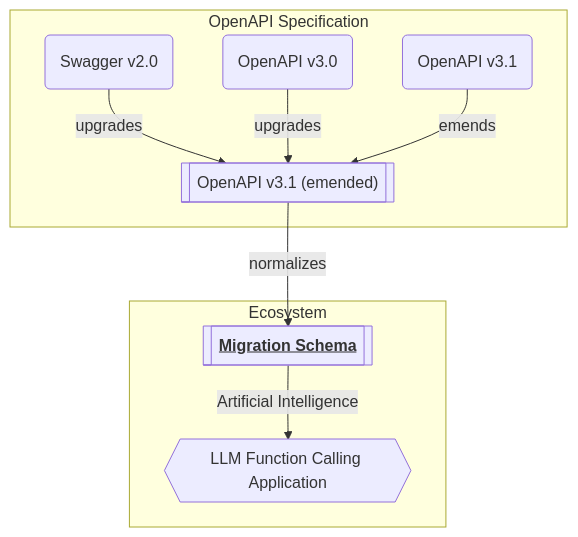
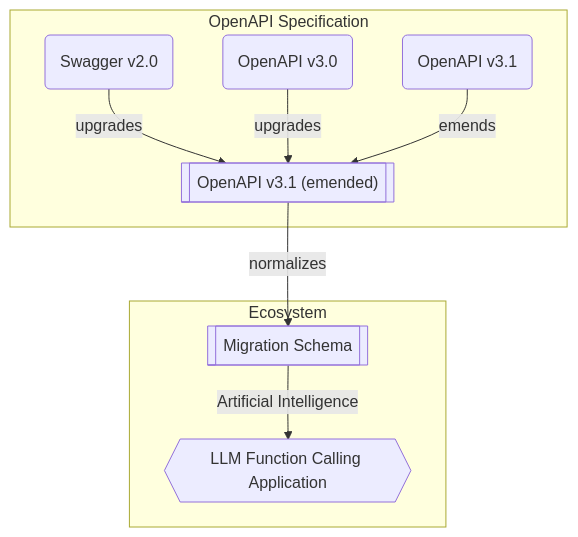
The first of 3 diagrams in README.md (samchon/openapi), drawn with Mermaid before and after one commit. The commit also changed other lines of this file, not shown here.

````diff
--- a/README.md
+++ b/README.md
@@ -2,12 +2,12 @@
 ```mermaid
 flowchart
   subgraph "OpenAPI Specification"
     v20("Swagger v2.0") --upgrades--> emended[["OpenAPI v3.1 (emended)"]]
     v30("OpenAPI v3.0") --upgrades--> emended
     v31("OpenAPI v3.1") --emends--> emended
   end
   subgraph "Ecosystem"
-    emended --normalizes--> migration[["<b><u>Migration Schema</u></b>"]]
+    emended --normalizes--> migration[["Migration Schema"]]
     migration --"Artificial Intelligence"--> lfc{{"LLM Function Calling Application"}}
   end
 ```
````
